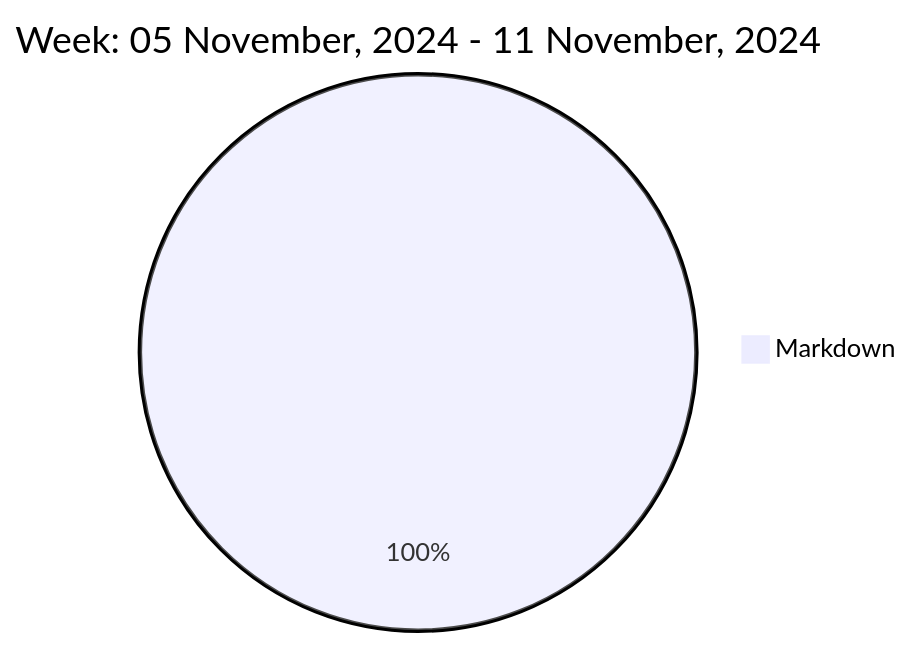
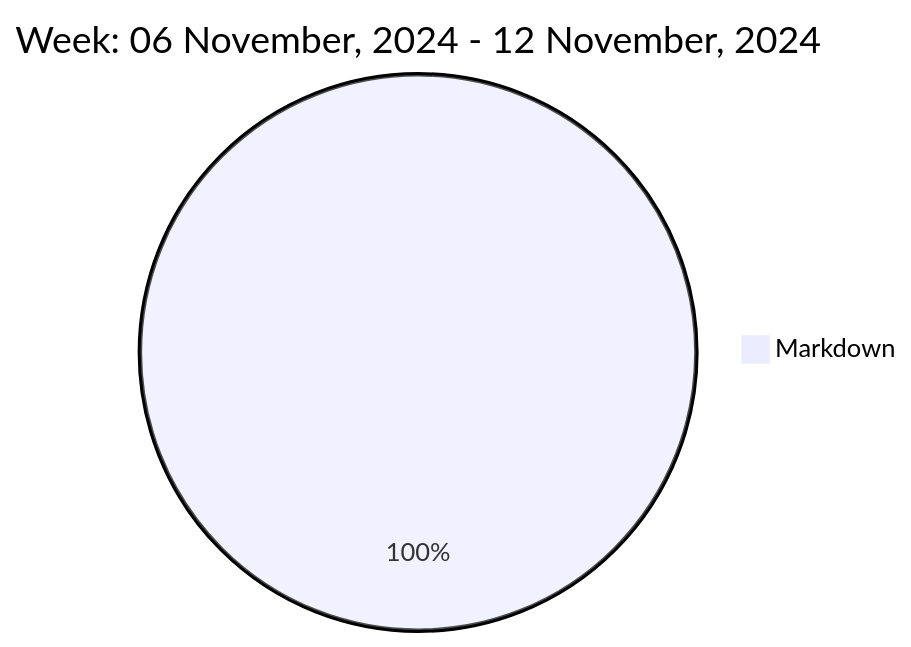
One commit to liubin95/liubin95 changed the diagram in README.md. Above: the diagram before and after it, drawn with Mermaid.

Commit message:
Updated the Graph with new Metrics

````diff
--- a/README.md
+++ b/README.md
@@ -37,5 +37,5 @@
 ```mermaid
  pie
-title Week: 05 November, 2024 - 11 November, 2024
+title Week: 06 November, 2024 - 12 November, 2024
  "Markdown" : 2.4
 ```
````
